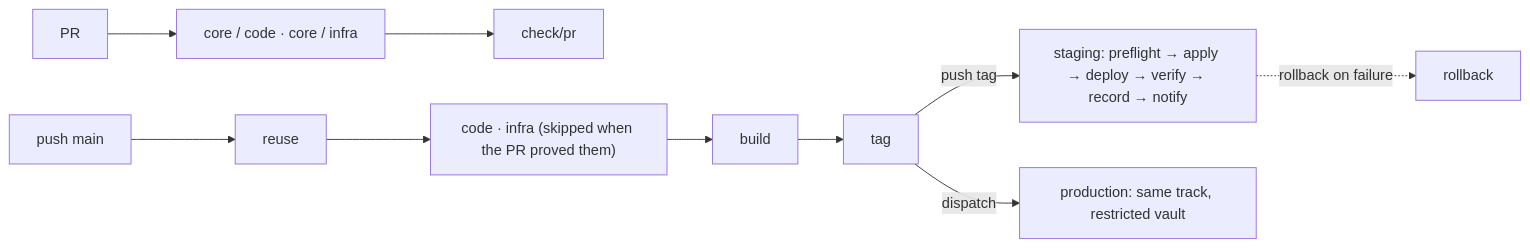
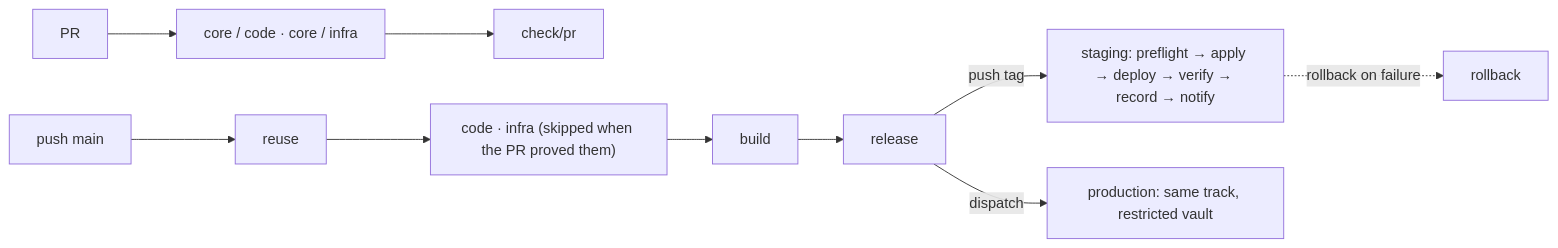
Before and after one commit to br4zz4/pipelines: the diagram in README.md, drawn with Mermaid. The commit also changed other lines of this file and 3 other files, not shown here.

Commit message:
feat: rename the tag job to release

````diff
--- a/README.md
+++ b/README.md
@@ -35,8 +35,8 @@
 ```mermaid
 flowchart LR
   pr[PR] --> lanes["core / code · core / infra"] --> gate["check/pr"]
-  main[push main] --> reuse --> lanes2["code · infra (skipped when the PR proved them)"] --> build --> tag
-  tag -->|push tag| staging["staging: preflight → apply → deploy → verify → record → notify"]
-  tag -->|dispatch| production["production: same track, restricted vault"]
+  main[push main] --> reuse --> lanes2["code · infra (skipped when the PR proved them)"] --> build --> release
+  release -->|push tag| staging["staging: preflight → apply → deploy → verify → record → notify"]
+  release -->|dispatch| production["production: same track, restricted vault"]
   staging -.->|rollback on failure| rb[rollback]
 ```
````
